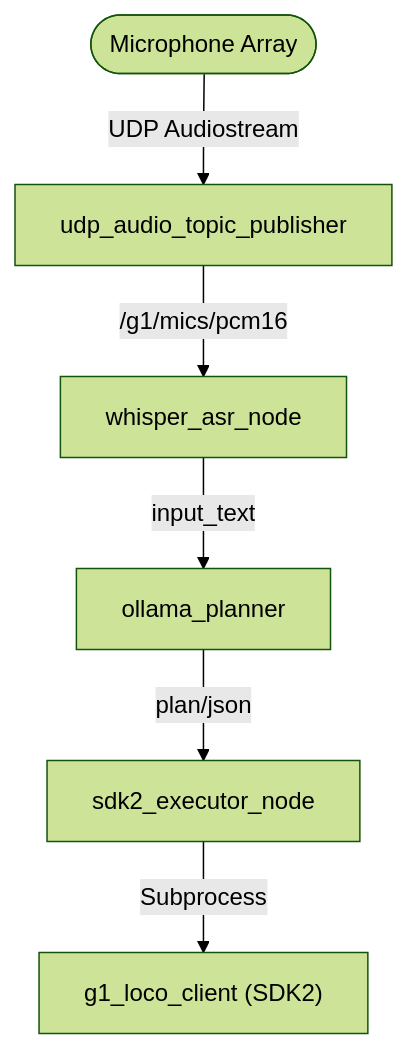
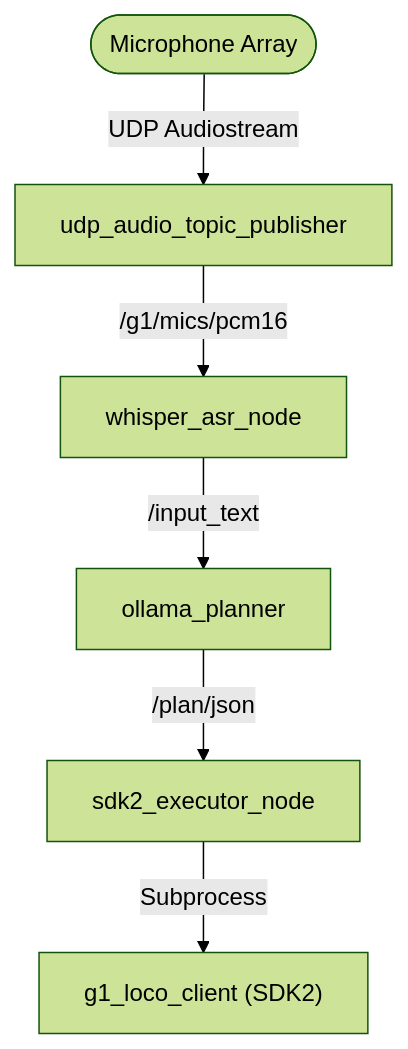
One commit to Bigfire3/CallBoy changed the diagram in README.md. Above: the diagram before and after it, drawn with Mermaid (forest theme).

Commit message:
Update FlowChart spelling

````diff
--- a/README.md
+++ b/README.md
@@ -9,8 +9,8 @@
 ```mermaid
 flowchart TD
     START(["Microphone Array"]) -->|"UDP Audiostream"| UDP["udp_audio_topic_publisher"]
     UDP -->|"/g1/mics/pcm16"| ASR["whisper_asr_node"]
-    ASR -->|"input_text"| PLAN["ollama_planner"]
-    PLAN -->|"plan/json"| EXEC["sdk2_executor_node"]
+    ASR -->|"/input_text"| PLAN["ollama_planner"]
+    PLAN -->|"/plan/json"| EXEC["sdk2_executor_node"]
     EXEC -->|Subprocess| SDK["g1_loco_client (SDK2)"]
 ```
````
